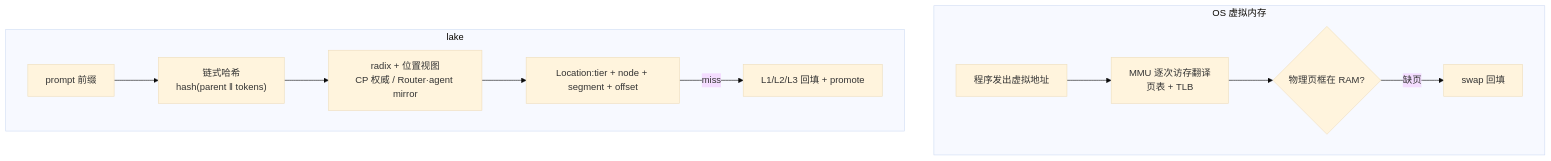
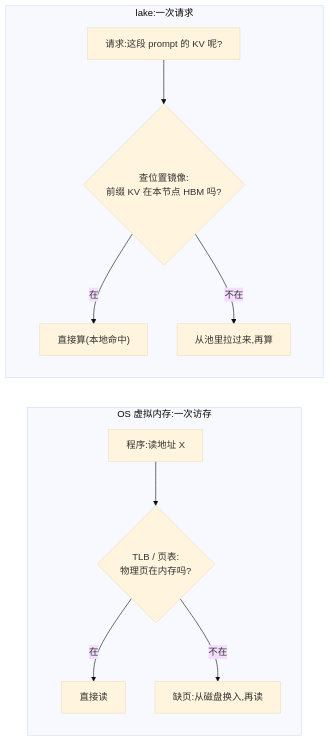
The diagram in docs/architecture/kv-virtual-memory.md (chengda-wu/lake), drawn with Mermaid (base theme) before and after one commit. The commit also changed other lines of this file, not shown here.

````diff
--- a/docs/architecture/kv-virtual-memory.md
+++ b/docs/architecture/kv-virtual-memory.md
@@ -102,14 +123,15 @@
 ```mermaid
-flowchart TB
-    subgraph osvm["OS 虚拟内存"]
-        va["程序发出虚拟地址"] --> mmu["MMU 逐次访存翻译\n页表 + TLB"]
-        mmu --> ram{"物理页框在 RAM?"}
-        ram -->|"缺页"| swapin["swap 回填"]
+flowchart LR
+    subgraph os["OS 虚拟内存:一次访存"]
+        direction TB
+        a1["程序:读地址 X"] --> a2{"TLB / 页表:\n物理页在内存吗?"}
+        a2 -->|"在"| a3["直接读"]
+        a2 -->|"不在"| a4["缺页:从磁盘换入,再读"]
     end
-    subgraph lakesys["lake"]
-        prompt["prompt 前缀"] --> hash["链式哈希\nhash(parent ‖ tokens)"]
-        hash --> view["radix + 位置视图\nCP 权威 / Router·agent mirror"]
-        view --> loc["Location:tier + node + segment + offset"]
-        loc -->|"miss"| backfill["L1/L2/L3 回填 + promote"]
+    subgraph lk["lake:一次请求"]
+        direction TB
+        b1["请求:这段 prompt 的 KV 呢?"] --> b2{"查位置镜像:\n前缀 KV 在本节点 HBM 吗?"}
+        b2 -->|"在"| b3["直接算(本地命中)"]
+        b2 -->|"不在"| b4["从池里拉过来,再算"]
     end
 ```
````
